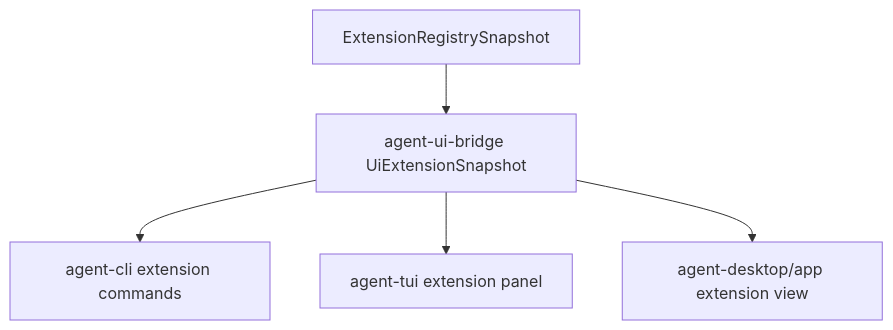
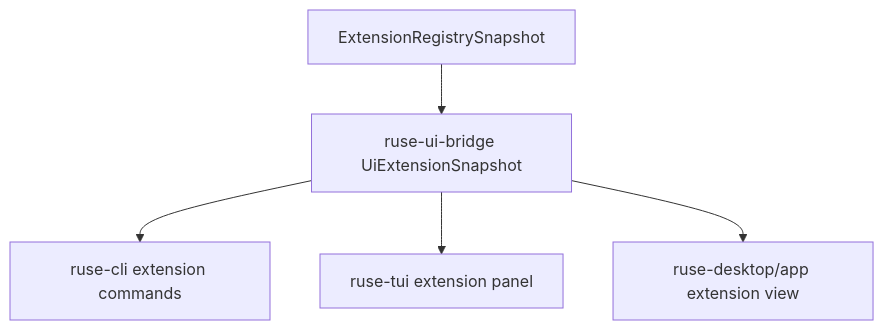
Before and after one commit to poneding/agent: the diagram in docs/specs/M22-05-extension-health-ui.spec.md, drawn with Mermaid. The commit also changed other lines of this file and 2091 other files, not shown here.

First line of the commit message:
refactor: rename agent branding to ruse

````diff
--- a/docs/specs/M22-05-extension-health-ui.spec.md
+++ b/docs/specs/M22-05-extension-health-ui.spec.md
@@ -34,7 +34,7 @@
 ```mermaid
 flowchart TD
-  Registry["ExtensionRegistrySnapshot"] --> Bridge["agent-ui-bridge UiExtensionSnapshot"]
-  Bridge --> CLI["agent-cli extension commands"]
-  Bridge --> TUI["agent-tui extension panel"]
-  Bridge --> Desktop["agent-desktop/app extension view"]
+  Registry["ExtensionRegistrySnapshot"] --> Bridge["ruse-ui-bridge UiExtensionSnapshot"]
+  Bridge --> CLI["ruse-cli extension commands"]
+  Bridge --> TUI["ruse-tui extension panel"]
+  Bridge --> Desktop["ruse-desktop/app extension view"]
 ```
````
